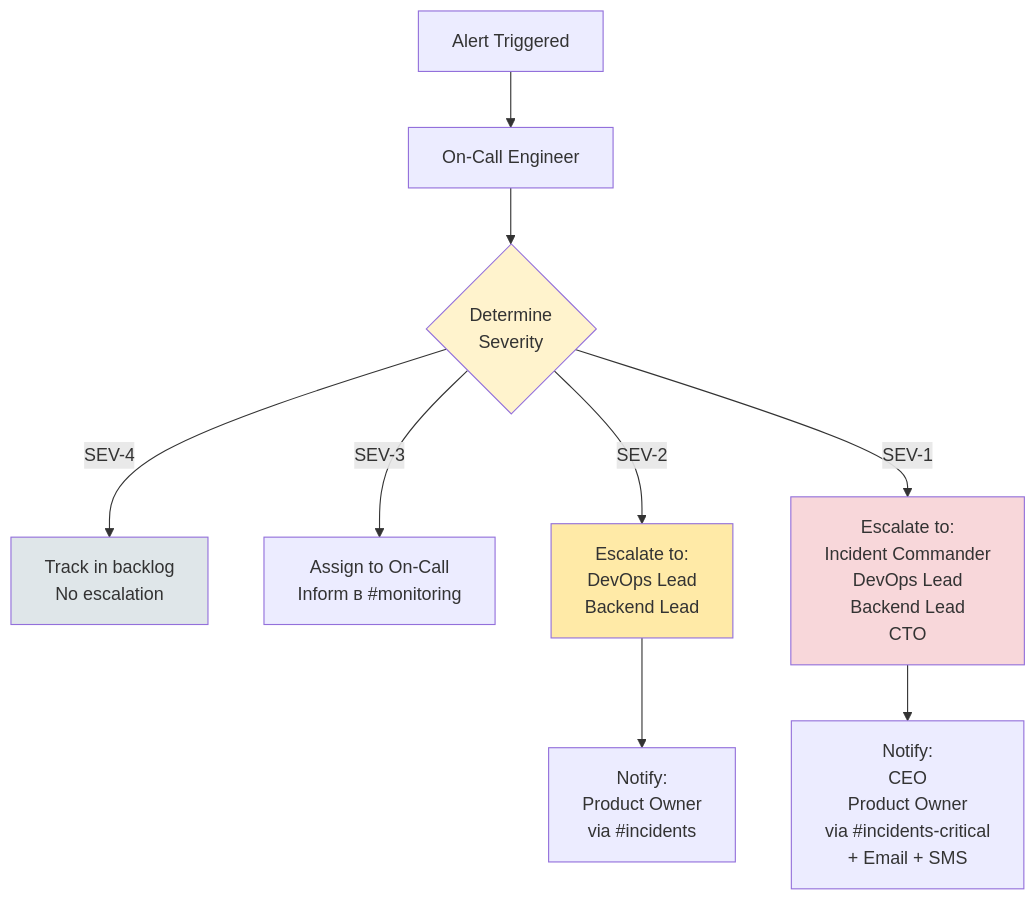
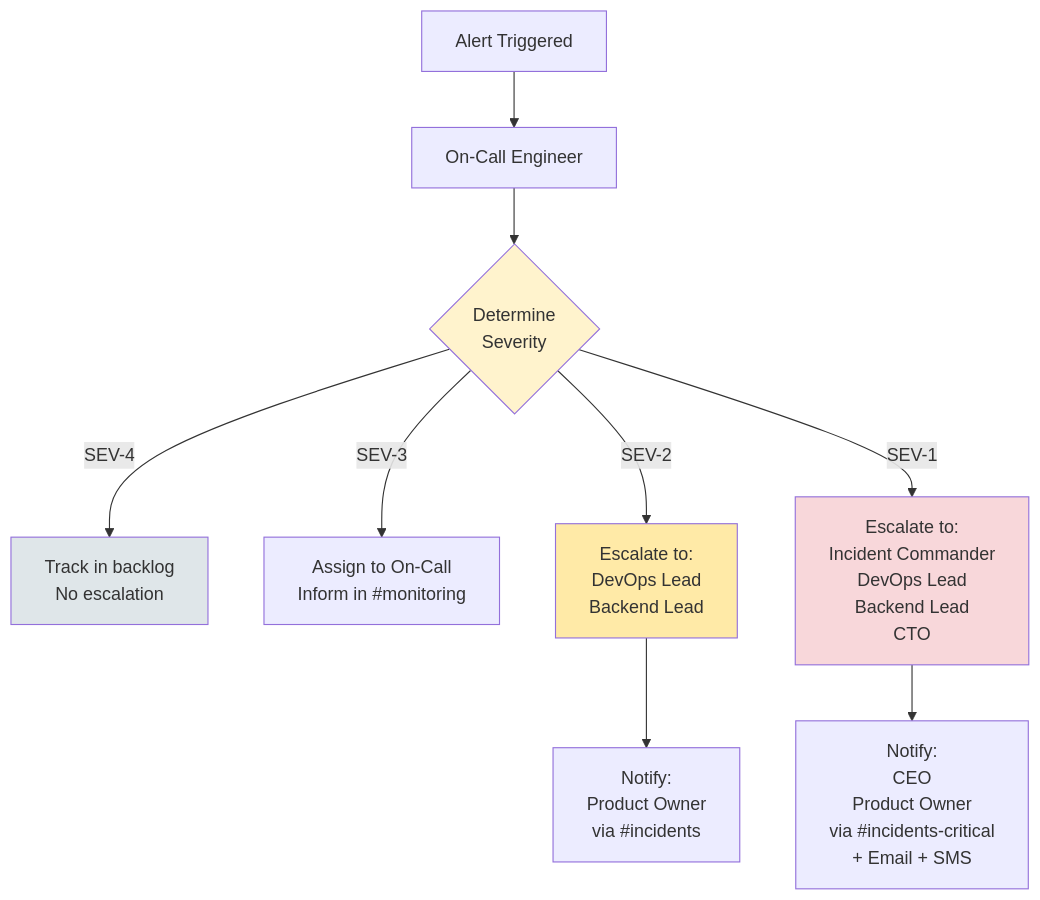
One commit to Pha6ha007/Salf--Storage-Aggregator changed the second of 2 diagrams in docs/operations/incident_response_plan_mvp_v1_FULL.md. Above: the diagram before and after it, drawn with Mermaid. The commit also changed other lines of this file and 5 other files, not shown here.

````diff
--- a/docs/operations/incident_response_plan_mvp_v1_FULL.md
+++ b/docs/operations/incident_response_plan_mvp_v1_FULL.md
@@ -2238,21 +2238,21 @@
 ```mermaid
 graph TD
     Alert[Alert Triggered] --> OnCall[On-Call Engineer]
     
     OnCall --> SEV{Determine<br/>Severity}
     
     SEV -->|SEV-4| Track[Track in backlog<br/>No escalation]
     
-    SEV -->|SEV-3| AssignOnCall[Assign to On-Call<br/>Inform в #monitoring]
+    SEV -->|SEV-3| AssignOnCall[Assign to On-Call<br/>Inform in #monitoring]
     
     SEV -->|SEV-2| EscSEV2[Escalate to:<br/>DevOps Lead<br/>Backend Lead]
     EscSEV2 --> NotifySEV2[Notify:<br/>Product Owner<br/>via #incidents]
     
     SEV -->|SEV-1| EscSEV1[Escalate to:<br/>Incident Commander<br/>DevOps Lead<br/>Backend Lead<br/>CTO]
     EscSEV1 --> NotifySEV1[Notify:<br/>CEO<br/>Product Owner<br/>via #incidents-critical<br/>+ Email + SMS]
     
     style SEV fill:#fff3cd
     style EscSEV1 fill:#f8d7da
     style EscSEV2 fill:#ffeaa7
     style Track fill:#dfe6e9
 ```
````
